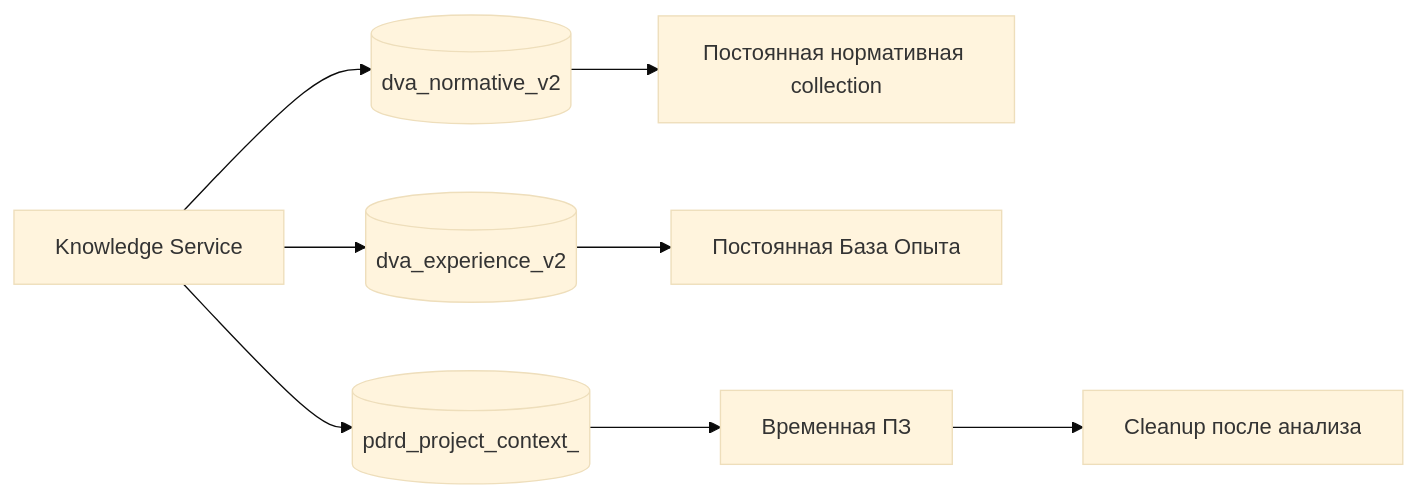
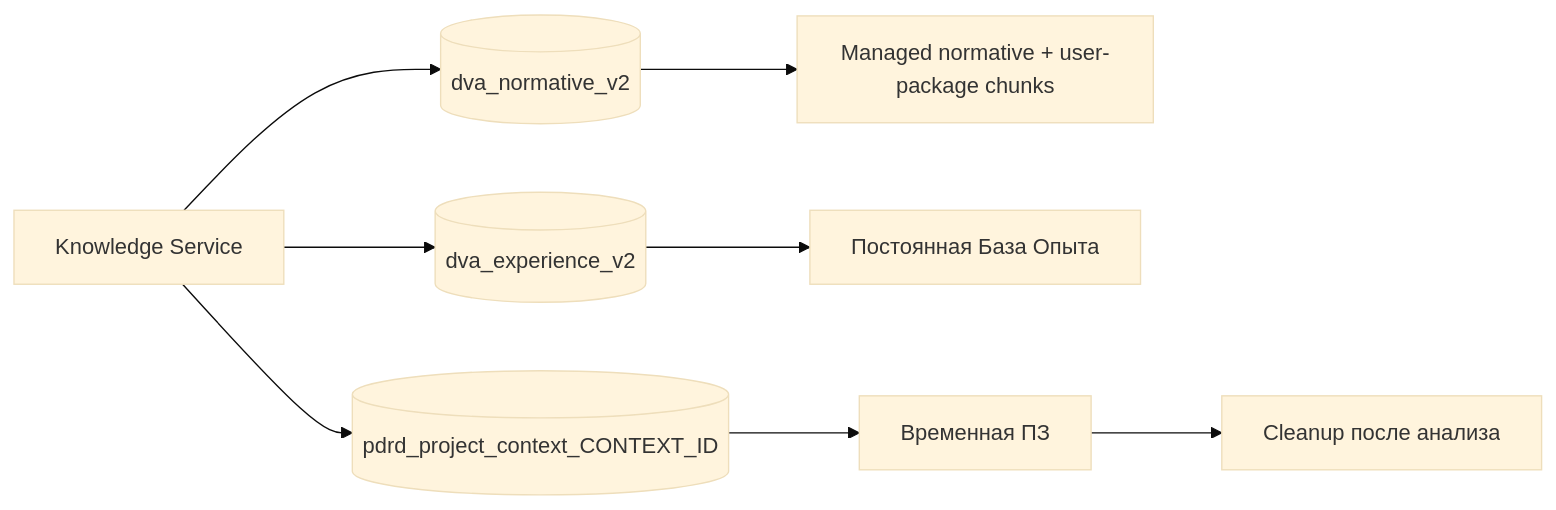
The fifth of 9 diagrams in README.md (Amadu-A/PDRD-validation), drawn with Mermaid (base theme) before and after one commit. The commit also changed other lines of this file and 37 other files, not shown here.

Commit message:
feat: complete user package analysis pipeline

````diff
--- a/README.md
+++ b/README.md
@@ -325,11 +355,11 @@
 ```mermaid
 flowchart LR
-    KS[Knowledge Service] --> N[(dva_normative_v2)]
-    KS --> E[(dva_experience_v2)]
-    KS --> P[(pdrd_project_context_<context_id>)]
+    KS["Knowledge Service"] --> M[("dva_normative_v2")]
+    KS --> E[("dva_experience_v2")]
+    KS --> P[("pdrd_project_context_CONTEXT_ID")]
 
-    N --> NP[Постоянная нормативная collection]
-    E --> EP[Постоянная База Опыта]
-    P --> PP[Временная ПЗ]
-    PP --> CLEAN[Cleanup после анализа]
+    M --> MN["Managed normative + user-package chunks"]
+    E --> EP["Постоянная База Опыта"]
+    P --> PP["Временная ПЗ"]
+    PP --> CLEAN["Cleanup после анализа"]
 ```
````
